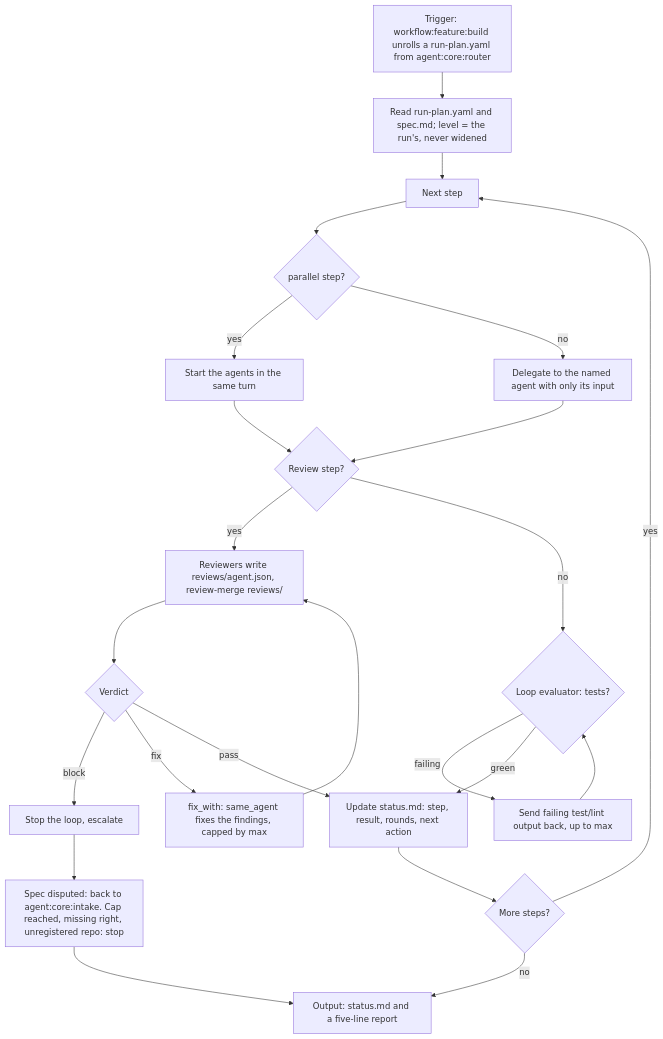
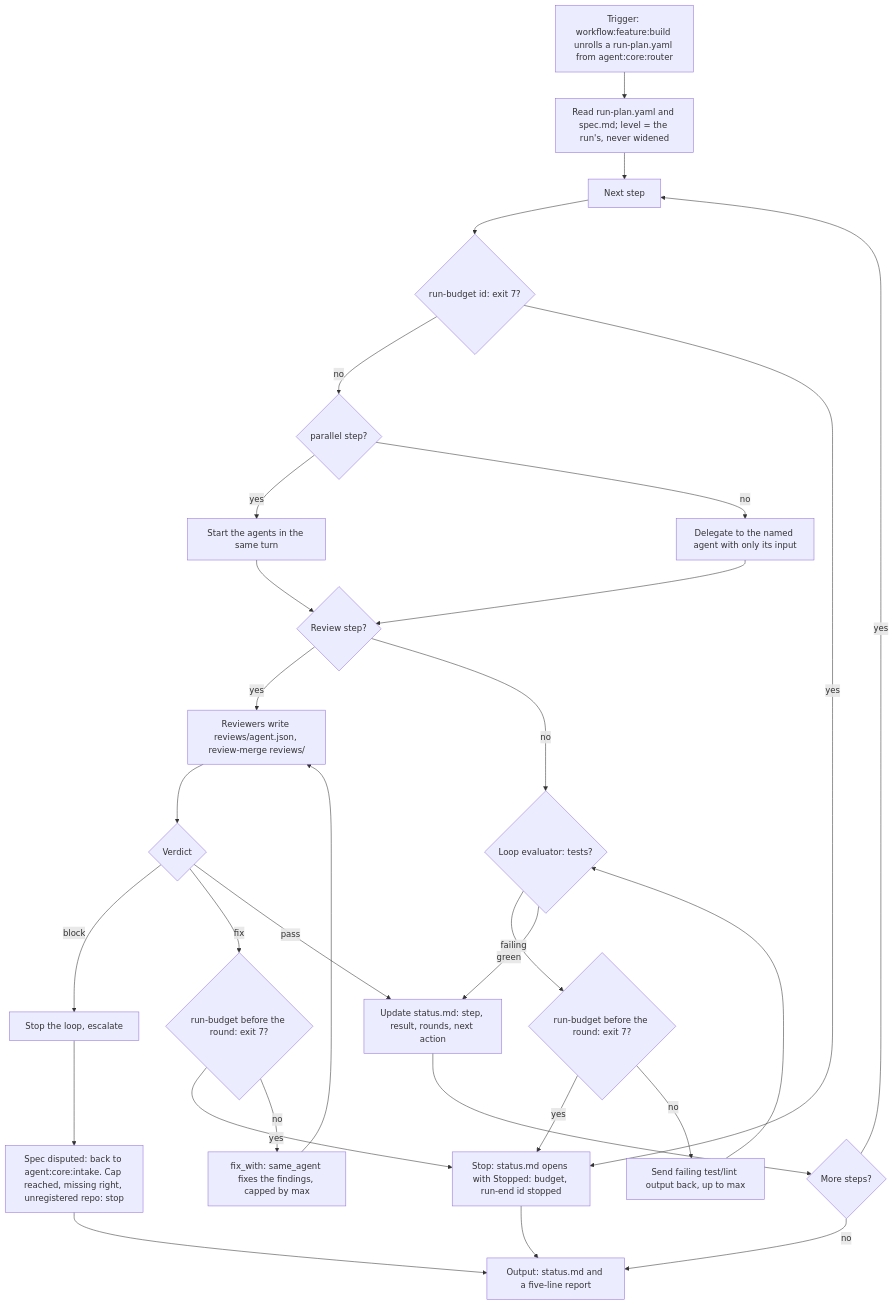
Before and after one commit to nicolasmondain/adorno: the diagram in src/skills/adorno-run-plan/SCHEMA.md, drawn with Mermaid. The commit also changed 10 other files, not shown here.

First line of the commit message:
feat(workflows): check the run budget at every step

````diff
--- a/src/skills/adorno-run-plan/SCHEMA.md
+++ b/src/skills/adorno-run-plan/SCHEMA.md
@@ -3,25 +3,32 @@
 ```mermaid
 flowchart TD
   T["Trigger: workflow:feature:build unrolls a run-plan.yaml from agent:core:router"] --> RD["Read run-plan.yaml and spec.md; level = the run's, never widened"]
   RD --> ST["Next step"]
-  ST --> P{"parallel step?"}
+  ST --> BG{"run-budget id: exit 7?"}
+  BG -->|"no"| P{"parallel step?"}
+  BG -->|"yes"| BS["Stop: status.md opens with Stopped: budget, run-end id stopped"]
   P -->|"yes"| PA["Start the agents in the same turn"]
   P -->|"no"| SA["Delegate to the named agent with only its input"]
   PA --> RV
   SA --> RV{"Review step?"}
   RV -->|"yes"| MG["Reviewers write reviews/agent.json, review-merge reviews/"]
   RV -->|"no"| LP{"Loop evaluator: tests?"}
   MG --> VD{"Verdict"}
   VD -->|"block"| ESC["Stop the loop, escalate"]
-  VD -->|"fix"| FX["fix_with: same_agent fixes the findings, capped by max"]
+  VD -->|"fix"| BF{"run-budget before the round: exit 7?"}
+  BF -->|"yes"| BS
+  BF -->|"no"| FX["fix_with: same_agent fixes the findings, capped by max"]
   VD -->|"pass"| UP
   FX --> MG
-  LP -->|"failing"| RT["Send failing test/lint output back, up to max"]
+  LP -->|"failing"| BL{"run-budget before the round: exit 7?"}
+  BL -->|"yes"| BS
+  BL -->|"no"| RT["Send failing test/lint output back, up to max"]
   RT --> LP
   LP -->|"green"| UP["Update status.md: step, result, rounds, next action"]
   ESC --> IN["Spec disputed: back to agent:core:intake. Cap reached, missing right, unregistered repo: stop"]
   UP --> MORE{"More steps?"}
   MORE -->|"yes"| ST
   MORE -->|"no"| OUT["Output: status.md and a five-line report"]
   IN --> OUT
+  BS --> OUT
 ```
````
